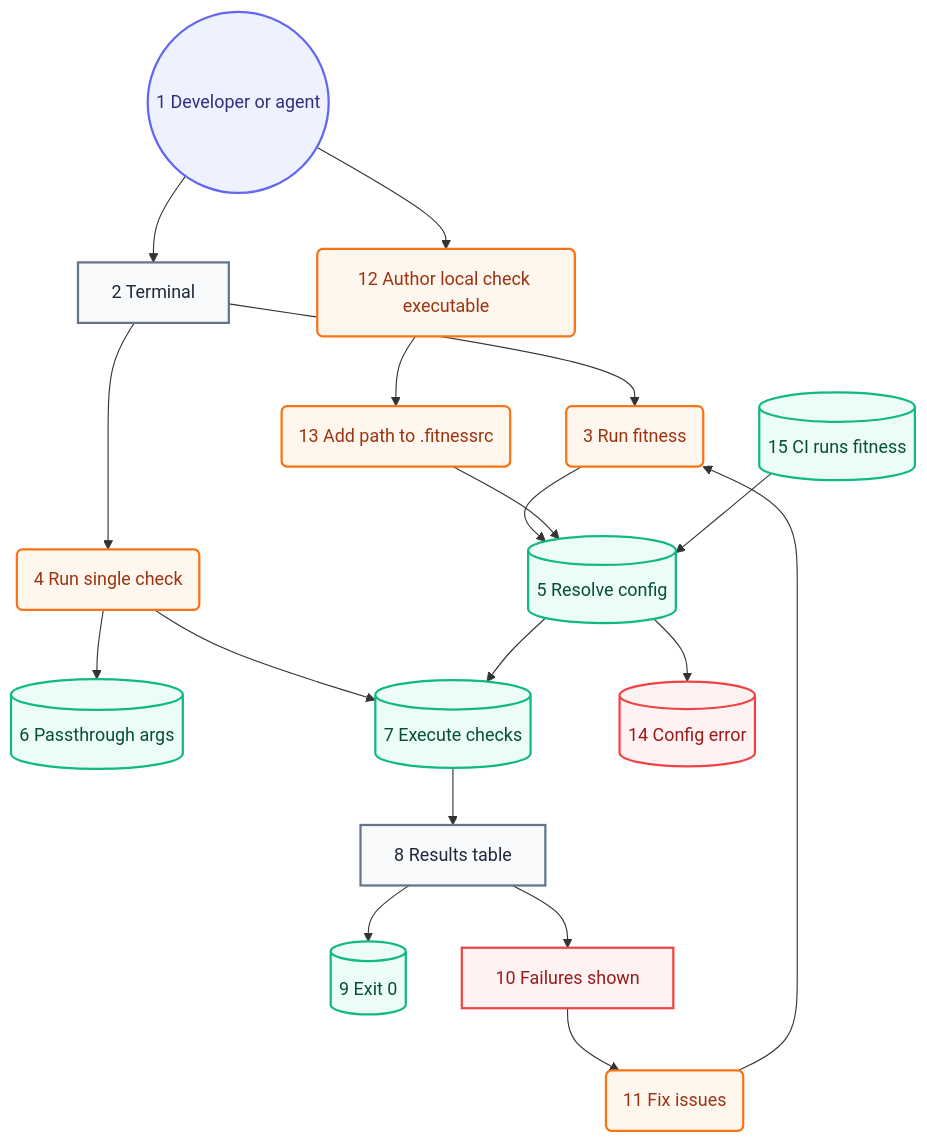
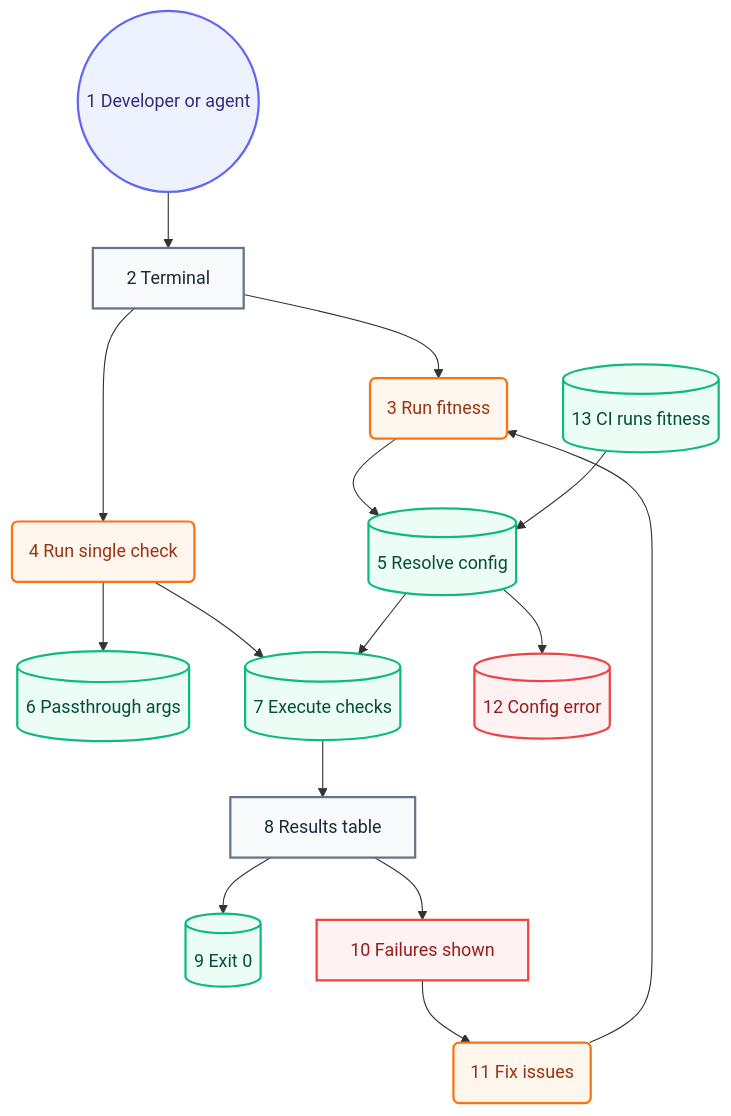
Before and after one commit to may-journal/fitness-runner: the second of 2 diagrams in docs/architecture/05-user-journey.md, drawn with Mermaid. The commit also changed other lines of this file and 59 other files, not shown here.

First line of the commit message:
feat(checks): run every check in every repo, each detecting whether it applies (#129)

````diff
--- a/docs/architecture/05-user-journey.md
+++ b/docs/architecture/05-user-journey.md
@@ -37,42 +37,37 @@
 ```mermaid
 flowchart TB
     dev((1 Developer or agent)):::persona
     terminal[2 Terminal]:::screen
     runFull(3 Run fitness):::action
     runSingle(4 Run single check):::action
     resolveConfig[(5 Resolve config)]:::system
     passArgs[(6 Passthrough args)]:::system
     executeChecks[(7 Execute checks)]:::system
     resultsTable[8 Results table]:::screen
     exitZero[(9 Exit 0)]:::system
     failuresShown[10 Failures shown]:::blocked
     fixIssues(11 Fix issues):::action
-    authorLocal(12 Author local check executable):::action
-    editRc(13 Add path to .fitnessrc):::action
-    configError[(14 Config error)]:::blocked
-    ciRun[(15 CI runs fitness)]:::system
+    configError[(12 Config error)]:::blocked
+    ciRun[(13 CI runs fitness)]:::system
 
     dev --> terminal
-    dev --> authorLocal
     terminal --> runFull
     terminal --> runSingle
     runFull --> resolveConfig
     runSingle --> executeChecks
     runSingle --> passArgs
     resolveConfig --> executeChecks
     resolveConfig --> configError
     executeChecks --> resultsTable
     resultsTable --> exitZero
     resultsTable --> failuresShown
     failuresShown --> fixIssues
     fixIssues --> runFull
-    authorLocal --> editRc
-    editRc --> resolveConfig
     ciRun --> resolveConfig
 
     classDef persona fill:#eef2ff,stroke:#6366f1,color:#312e81,stroke-width:2px
     classDef screen fill:#f8fafc,stroke:#64748b,color:#1e293b,stroke-width:2px
     classDef action fill:#fff7ed,stroke:#f97316,color:#9a3412,stroke-width:2px
     classDef system fill:#ecfdf5,stroke:#10b981,color:#064e3b,stroke-width:2px
     classDef blocked fill:#fef2f2,stroke:#ef4444,color:#991b1b,stroke-width:2px
 ```
````
